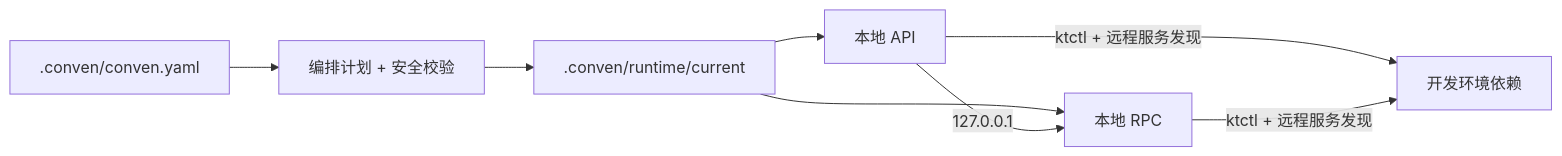
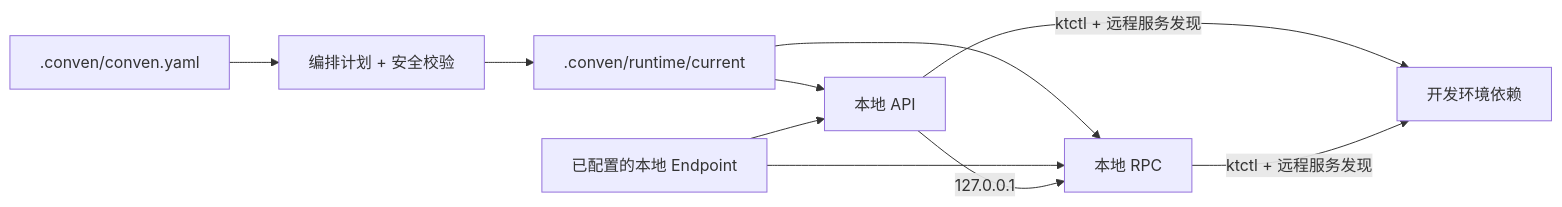
The diagram in README-ZH.md (leo1394/homebrew-conven), drawn with Mermaid before and after one commit. The commit also changed other lines of this file and 42 other files, not shown here.

````diff
--- a/README-ZH.md
+++ b/README-ZH.md
@@ -28,10 +27,12 @@
 ```mermaid
 flowchart LR
     M[".conven/conven.yaml"] --> P["编排计划 + 安全校验"]
     P --> R[".conven/runtime/current"]
     R --> A["本地 API"]
     R --> B["本地 RPC"]
+    E["已配置的本地 Endpoint"] --> A
+    E --> B
     A -->|"127.0.0.1"| B
     A -->|"ktctl + 远程服务发现"| D["开发环境依赖"]
     B -->|"ktctl + 远程服务发现"| D
 ```
````
